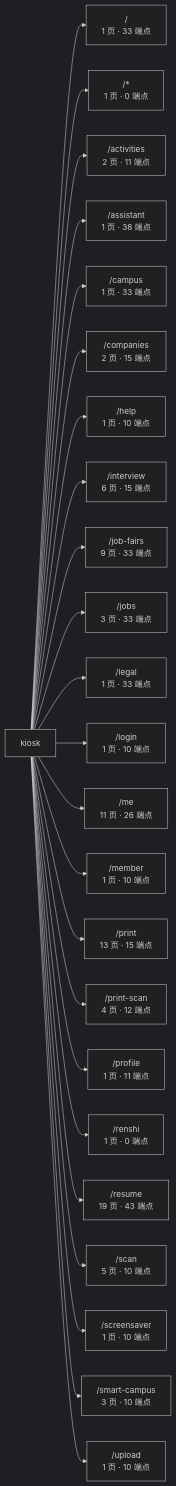
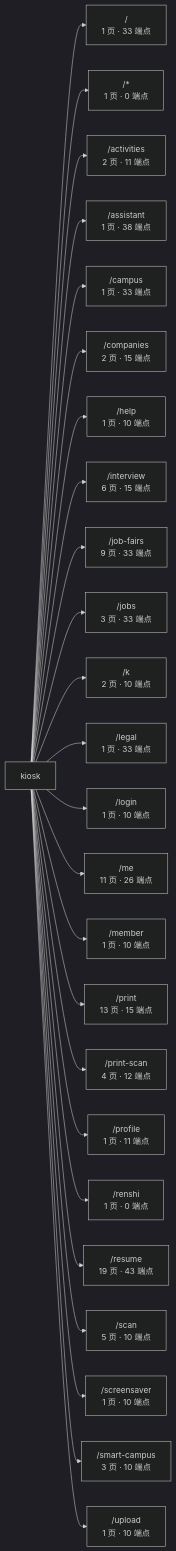
One commit to wanglei581/YITIJI changed the first of 3 diagrams in docs/graph/routes.md. Above: the diagram before and after it, drawn with Mermaid (dark theme). The commit also changed other lines of this file and 59 other files, not shown here.

````diff
--- a/docs/graph/routes.md
+++ b/docs/graph/routes.md
@@ -17,27 +17,28 @@
 ```mermaid
 flowchart LR
   app["kiosk"]
   app --> _root_["/<br/>1 页 · 33 端点"]
   app --> _["/*<br/>1 页 · 0 端点"]
   app --> activities["/activities<br/>2 页 · 11 端点"]
   app --> assistant["/assistant<br/>1 页 · 38 端点"]
   app --> campus["/campus<br/>1 页 · 33 端点"]
   app --> companies["/companies<br/>2 页 · 15 端点"]
   app --> help["/help<br/>1 页 · 10 端点"]
   app --> interview["/interview<br/>6 页 · 15 端点"]
   app --> job_fairs["/job-fairs<br/>9 页 · 33 端点"]
   app --> jobs["/jobs<br/>3 页 · 33 端点"]
+  app --> k["/k<br/>2 页 · 10 端点"]
   app --> legal["/legal<br/>1 页 · 33 端点"]
   app --> login["/login<br/>1 页 · 10 端点"]
   app --> me["/me<br/>11 页 · 26 端点"]
   app --> member["/member<br/>1 页 · 10 端点"]
   app --> print["/print<br/>13 页 · 15 端点"]
   app --> print_scan["/print-scan<br/>4 页 · 12 端点"]
   app --> profile["/profile<br/>1 页 · 11 端点"]
   app --> renshi["/renshi<br/>1 页 · 0 端点"]
   app --> resume["/resume<br/>19 页 · 43 端点"]
   app --> scan["/scan<br/>5 页 · 10 端点"]
   app --> screensaver["/screensaver<br/>1 页 · 10 端点"]
   app --> smart_campus["/smart-campus<br/>3 页 · 10 端点"]
   app --> upload["/upload<br/>1 页 · 10 端点"]
 ```
````
